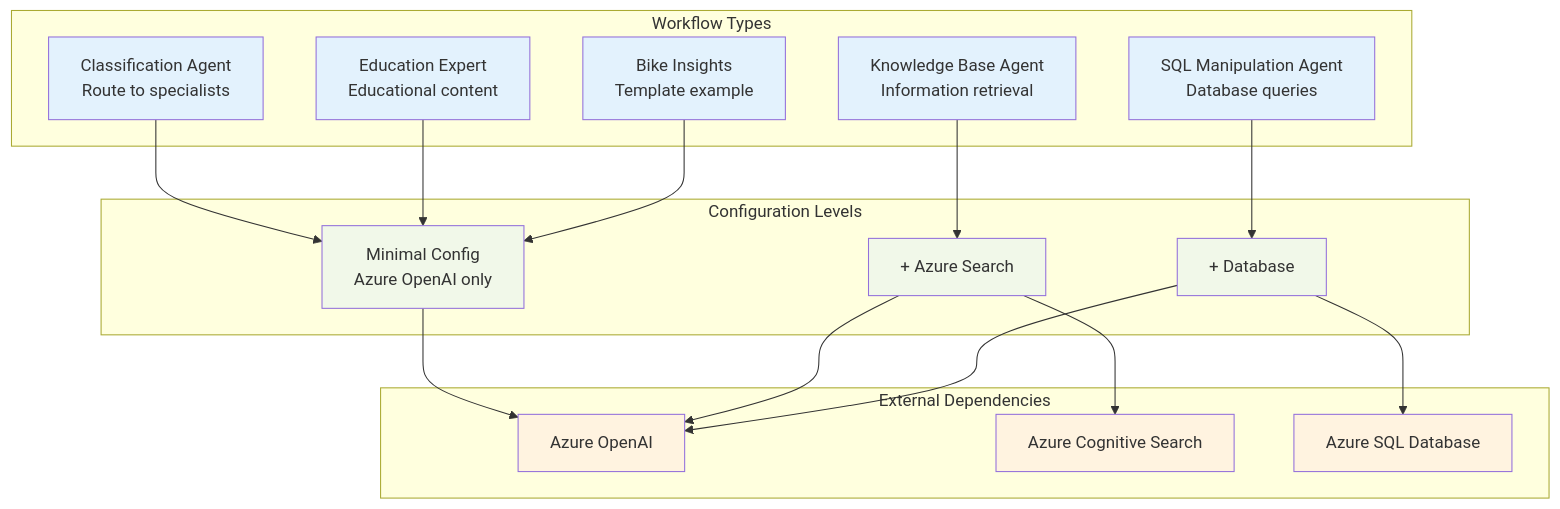
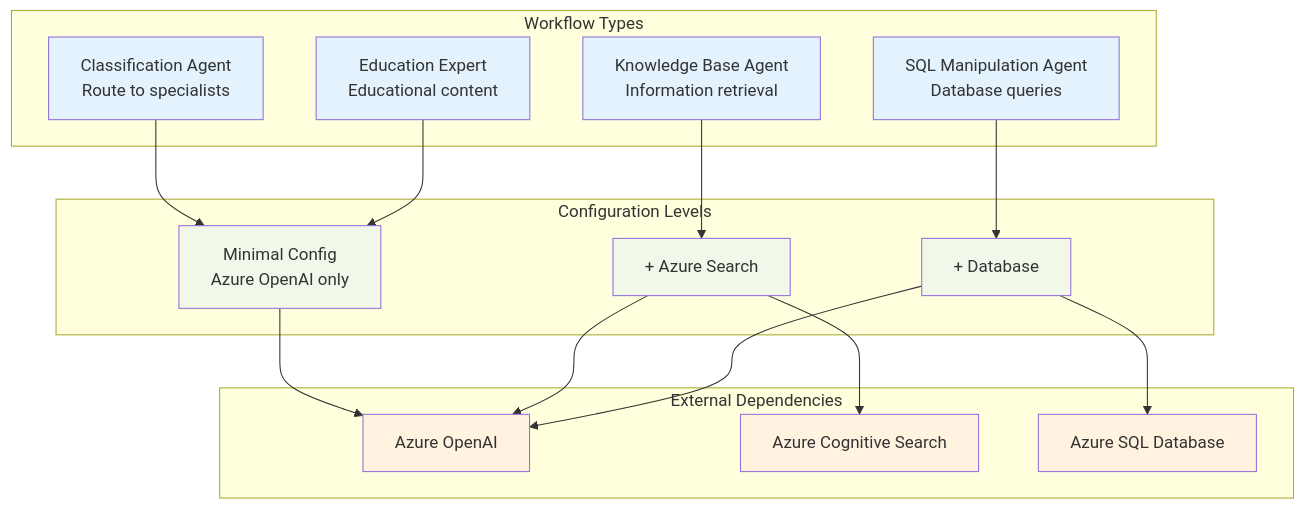
The first of 10 diagrams in docs/workflows/README.md (the-ingenious-dark-knight/Insight_Ingenious), drawn with Mermaid before and after one commit. The commit also changed other lines of this file and 3 other files, not shown here.

````diff
--- a/docs/workflows/README.md
+++ b/docs/workflows/README.md
@@ -18,44 +18,42 @@
 ```mermaid
 graph TB
     subgraph "Workflow Types"
         CLASSIFICATION[Classification Agent<br/>Route to specialists]
         KNOWLEDGE[Knowledge Base Agent<br/>Information retrieval]
         SQL[SQL Manipulation Agent<br/>Database queries]
         EDUCATION[Education Expert<br/>Educational content]
-        BIKE_INSIGHTS[Bike Insights<br/>Template example]
     end
 
     subgraph "Configuration Levels"
         MINIMAL[Minimal Config<br/>Azure OpenAI only]
         SEARCH[+ Azure Search]
         DATABASE[+ Database]
     end
 
     subgraph "External Dependencies"
         AZURE_OPENAI[Azure OpenAI]
         AZURE_SEARCH[Azure Cognitive Search]
         AZURE_SQL[Azure SQL Database]
     end
 
     CLASSIFICATION --> MINIMAL
     EDUCATION --> MINIMAL
-    BIKE_INSIGHTS --> MINIMAL
 
     KNOWLEDGE --> SEARCH
 
     SQL --> DATABASE
 
     MINIMAL --> AZURE_OPENAI
     SEARCH --> AZURE_OPENAI
     SEARCH --> AZURE_SEARCH
     DATABASE --> AZURE_OPENAI
     DATABASE --> AZURE_SQL
 
     classDef workflow fill:#e3f2fd
     classDef config fill:#f1f8e9
     classDef external fill:#fff3e0
 
-    class CLASSIFICATION,EDUCATION,KNOWLEDGE,SQL,BIKE_INSIGHTS workflow
+    class CLASSIFICATION,EDUCATION,KNOWLEDGE,SQL workflow
     class MINIMAL,SEARCH,DATABASE config
     class AZURE_OPENAI,AZURE_SEARCH,AZURE_SQL external
 ```
````
